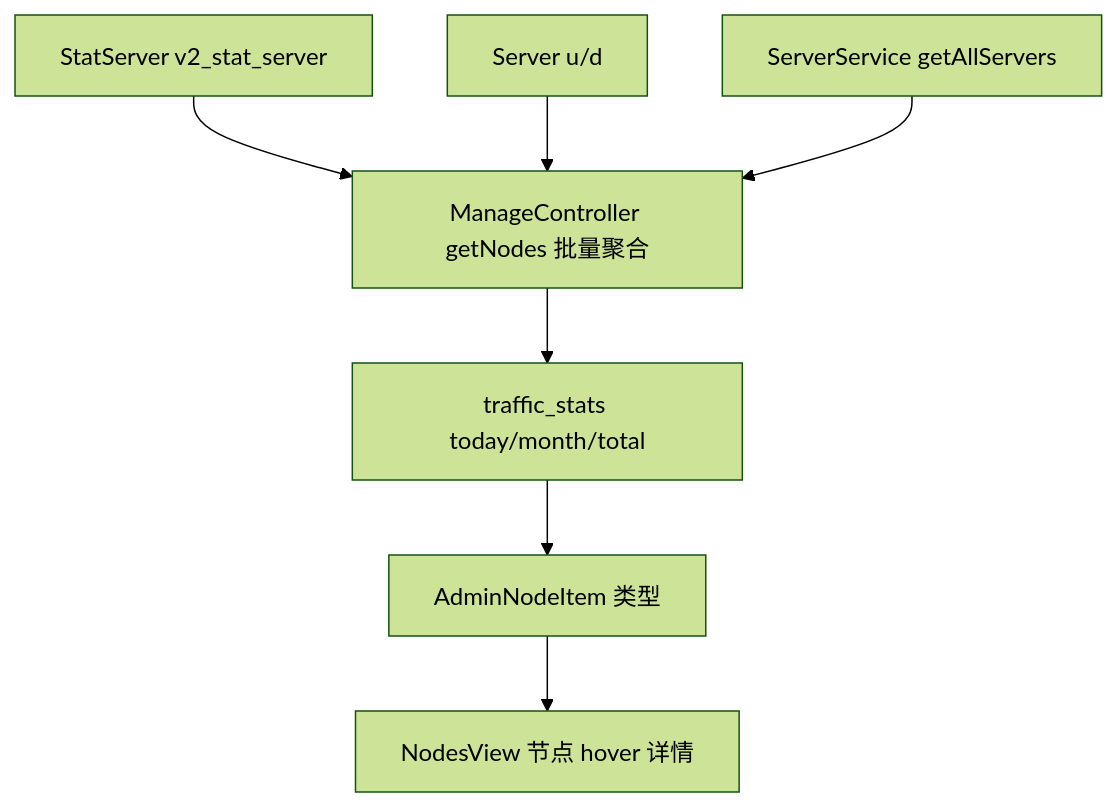
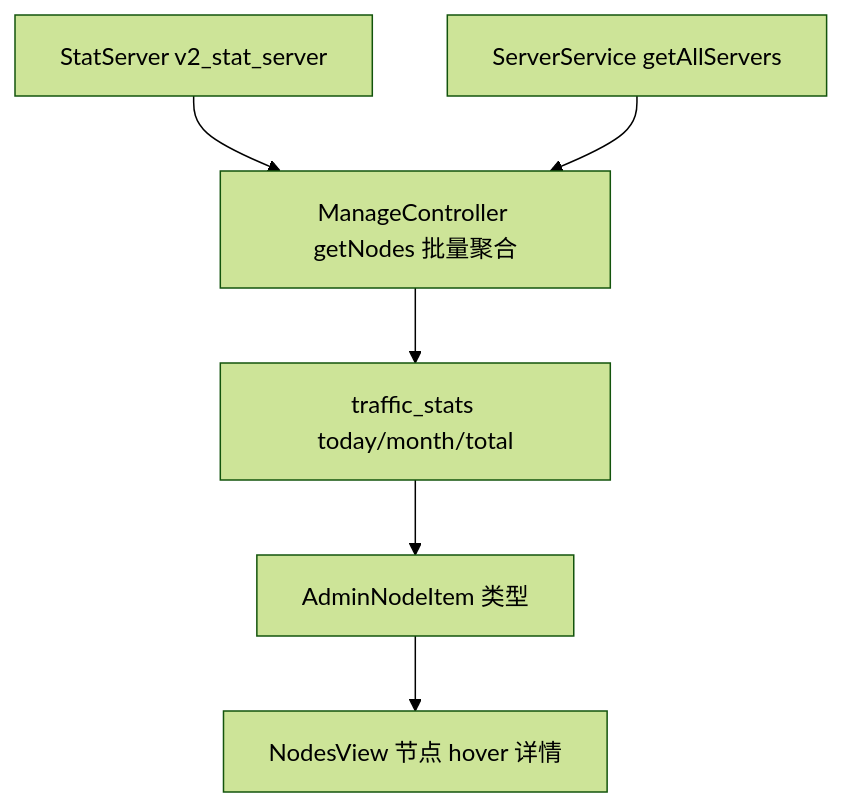
The diagram in .helloagents/archive/2026-04/202604281625_admin-frontend-node-traffic-hover/proposal.md (Micah123321/Xboard), drawn with Mermaid (forest theme) before and after one commit. The commit also changed other lines of this file and 5 other files, not shown here.

````diff
--- a/.helloagents/archive/2026-04/202604281625_admin-frontend-node-traffic-hover/proposal.md
+++ b/.helloagents/archive/2026-04/202604281625_admin-frontend-node-traffic-hover/proposal.md
@@ -77,9 +77,8 @@
 ```mermaid
 flowchart TD
     A[StatServer v2_stat_server] --> B[ManageController getNodes 批量聚合]
-    G[Server u/d] --> B
     C[ServerService getAllServers] --> B
     B --> D[traffic_stats today/month/total]
     D --> E[AdminNodeItem 类型]
     E --> F[NodesView 节点 hover 详情]
 ```
````
